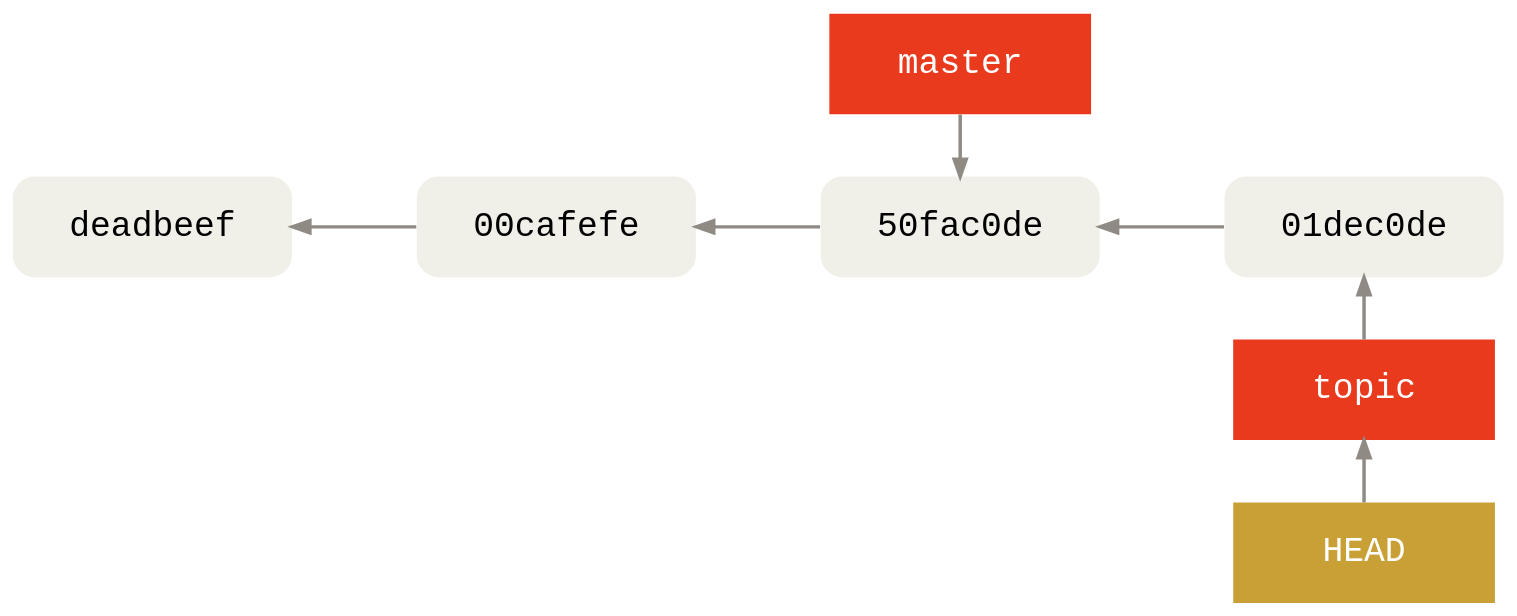
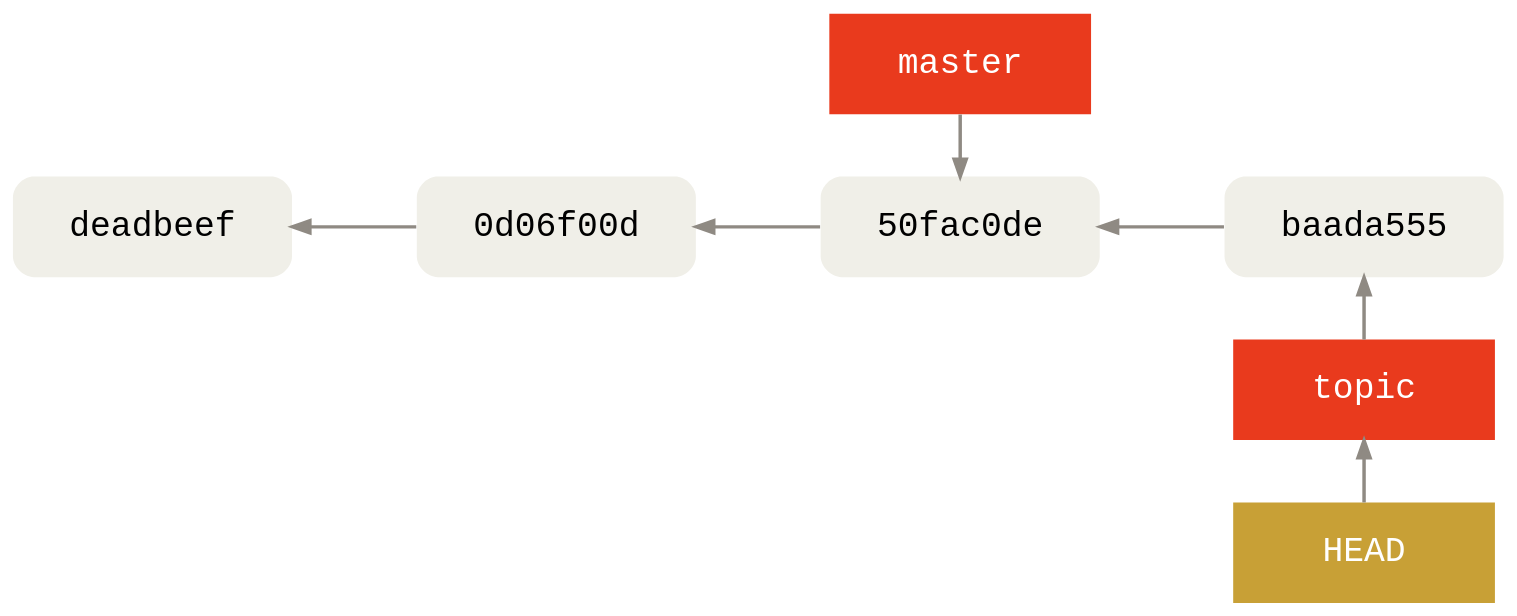
The diagram in images/branching/5-advance-topic.gv (agross/git-reveal), drawn with Graphviz before and after one commit. The commit also changed 23 other files, not shown here.

```diff
--- a/images/branching/5-advance-topic.gv
+++ b/images/branching/5-advance-topic.gv
@@ -1,45 +1,45 @@
 digraph Git {
   bgcolor="transparent"
 
   rankdir=LR
   ranksep=1
   nodesep=.5
 
   edge [color="#8f8a83"
         penwidth=2
         dir="back"]
   node [shape=box
         fontname="Menlo, Monaco, Consolas, Lucida Console, Courier New, monospace"
         fontsize=20
         margin=".45,.25"
         width=2.1
         penwidth=0]
 
   node [style="rounded,filled"
         fillcolor="#f0efe8"]
   A [label="deadbeef"]
-  B [label="00cafefe"]
+  B [label="0d06f00d"]
   C [label="50fac0de"]
-  D [label="01dec0de"]
+  D [label="baada555"]
 
   node [style="filled"
         fontcolor="#ffffff"
         fillcolor="#e93a1d"]
   HEAD [fillcolor="#c8a036"]
 
   A -> B -> C -> D
 
   subgraph cluster_master {
     style=invis
     {
       rank=same
       C -> master
     }
   }
 
   // No cluster draws label below.
   {
     rank=same
     D -> topic -> HEAD
   }
 }
```
